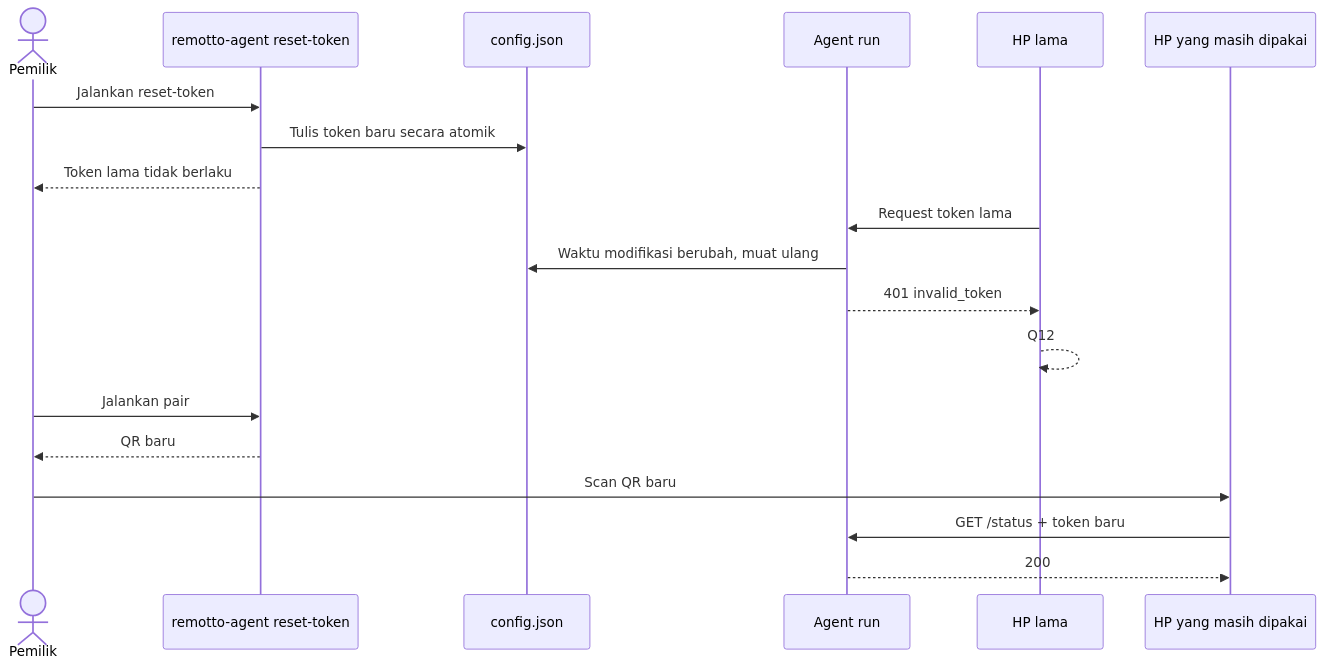
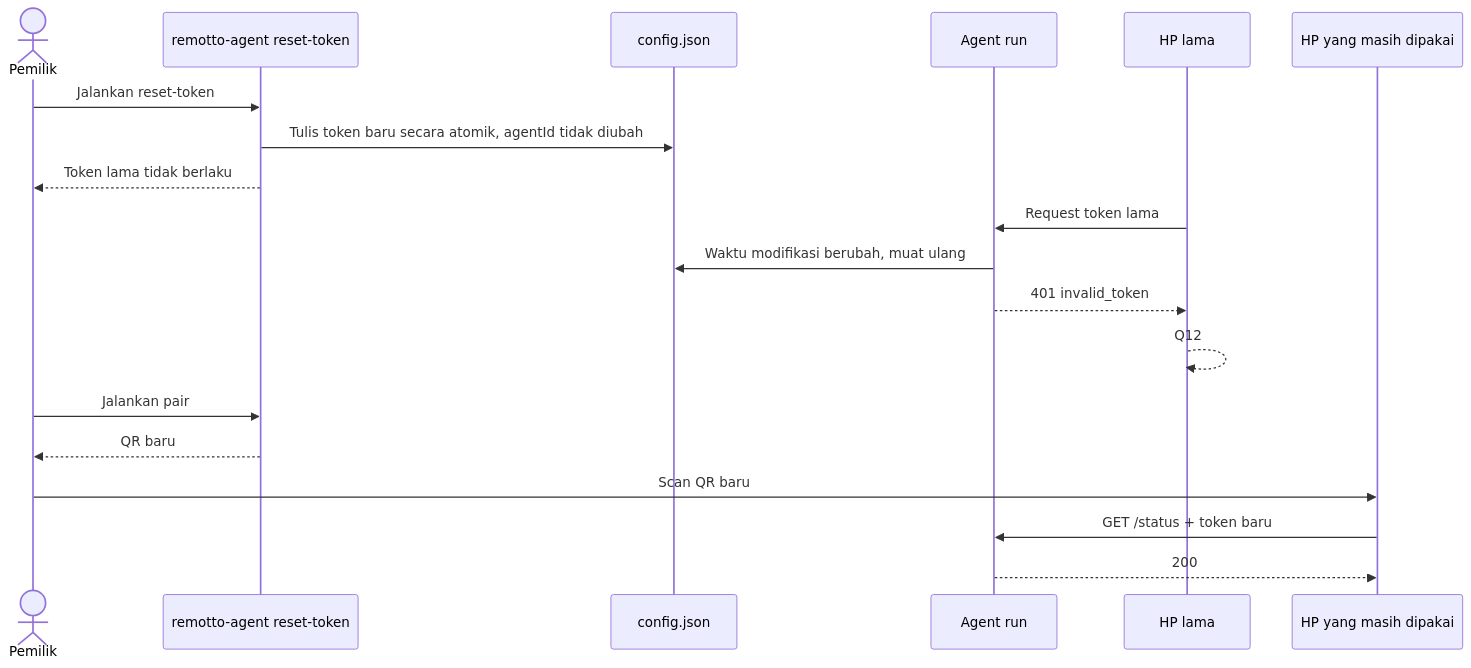
The fourth of 5 diagrams in docs/flows/pairing-auth-flow.md (rzkykamil/remotto), drawn with Mermaid before and after one commit. The commit also changed other lines of this file and 7 other files, not shown here.

````diff
--- a/docs/flows/pairing-auth-flow.md
+++ b/docs/flows/pairing-auth-flow.md
@@ -82,22 +83,22 @@
 ```mermaid
 sequenceDiagram
   actor U as Pemilik
   participant T as remotto-agent reset-token
   participant C as config.json
   participant G as Agent run
   participant A as HP lama
   participant B as HP yang masih dipakai
 
   U->>T: Jalankan reset-token
-  T->>C: Tulis token baru secara atomik
+  T->>C: Tulis token baru secara atomik, agentId tidak diubah
   T-->>U: Token lama tidak berlaku
   A->>G: Request token lama
   G->>C: Waktu modifikasi berubah, muat ulang
   G-->>A: 401 invalid_token
   A-->>A: Q12
   U->>T: Jalankan pair
   T-->>U: QR baru
   U->>B: Scan QR baru
   B->>G: GET /status + token baru
   G-->>B: 200
 ```
````
